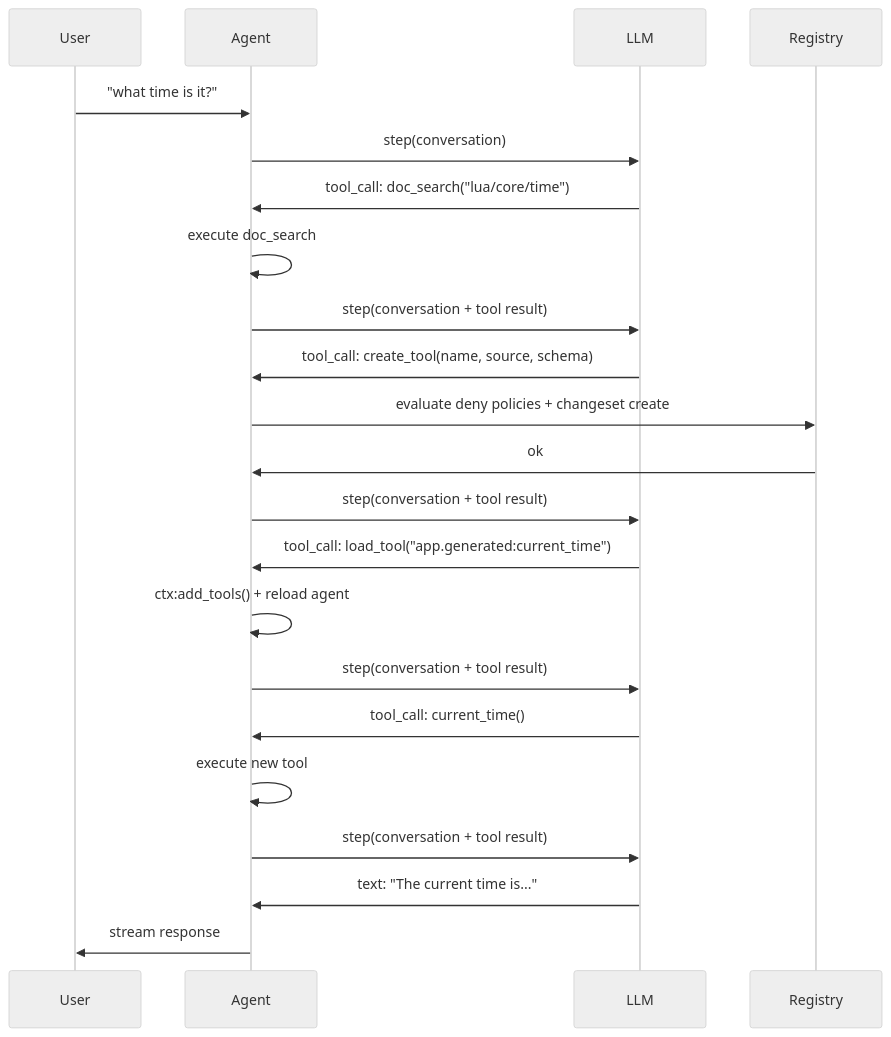
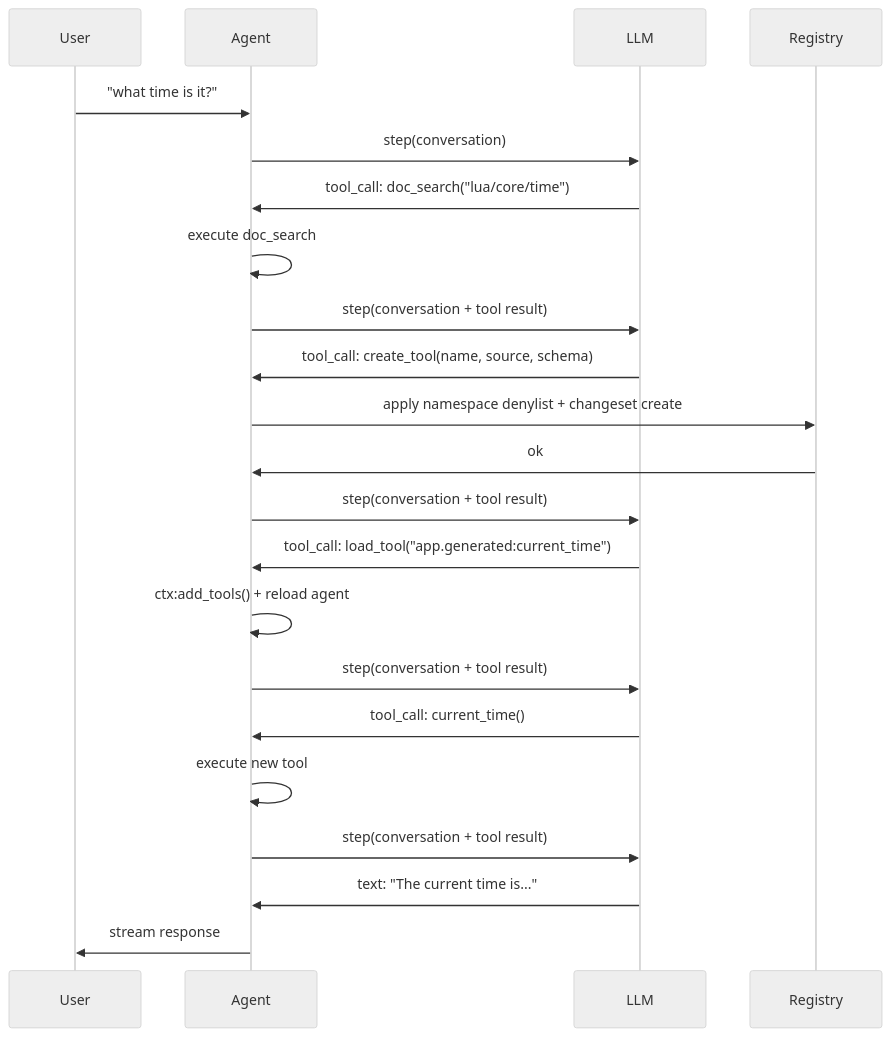
One commit to wippyai/docs changed the second of 4 diagrams in de/tutorials/micro-agi.md. Above: the diagram before and after it, drawn with Mermaid (neutral theme). The commit also changed other lines of this file and 870 other files, not shown here.

````diff
--- a/de/tutorials/micro-agi.md
+++ b/de/tutorials/micro-agi.md
@@ -41,25 +47,25 @@
 ```mermaid
 sequenceDiagram
     participant U as User
     participant A as Agent
     participant L as LLM
     participant R as Registry
 
     U->>A: "what time is it?"
     A->>L: step(conversation)
     L->>A: tool_call: doc_search("lua/core/time")
     A->>A: execute doc_search
     A->>L: step(conversation + tool result)
     L->>A: tool_call: create_tool(name, source, schema)
-    A->>R: evaluate deny policies + changeset create
+    A->>R: apply namespace denylist + changeset create
     R->>A: ok
     A->>L: step(conversation + tool result)
     L->>A: tool_call: load_tool("app.generated:current_time")
     A->>A: ctx:add_tools() + reload agent
     A->>L: step(conversation + tool result)
     L->>A: tool_call: current_time()
     A->>A: execute new tool
     A->>L: step(conversation + tool result)
     L->>A: text: "The current time is..."
     A->>U: stream response
 ```
````
